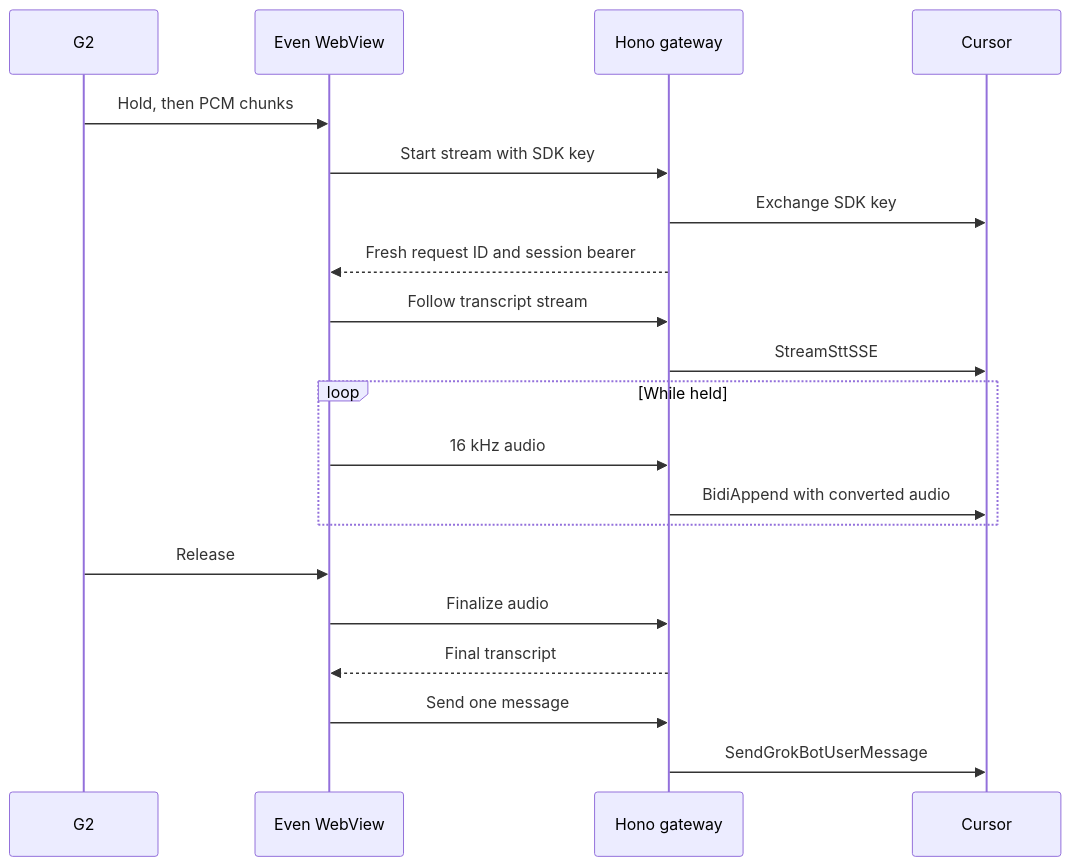
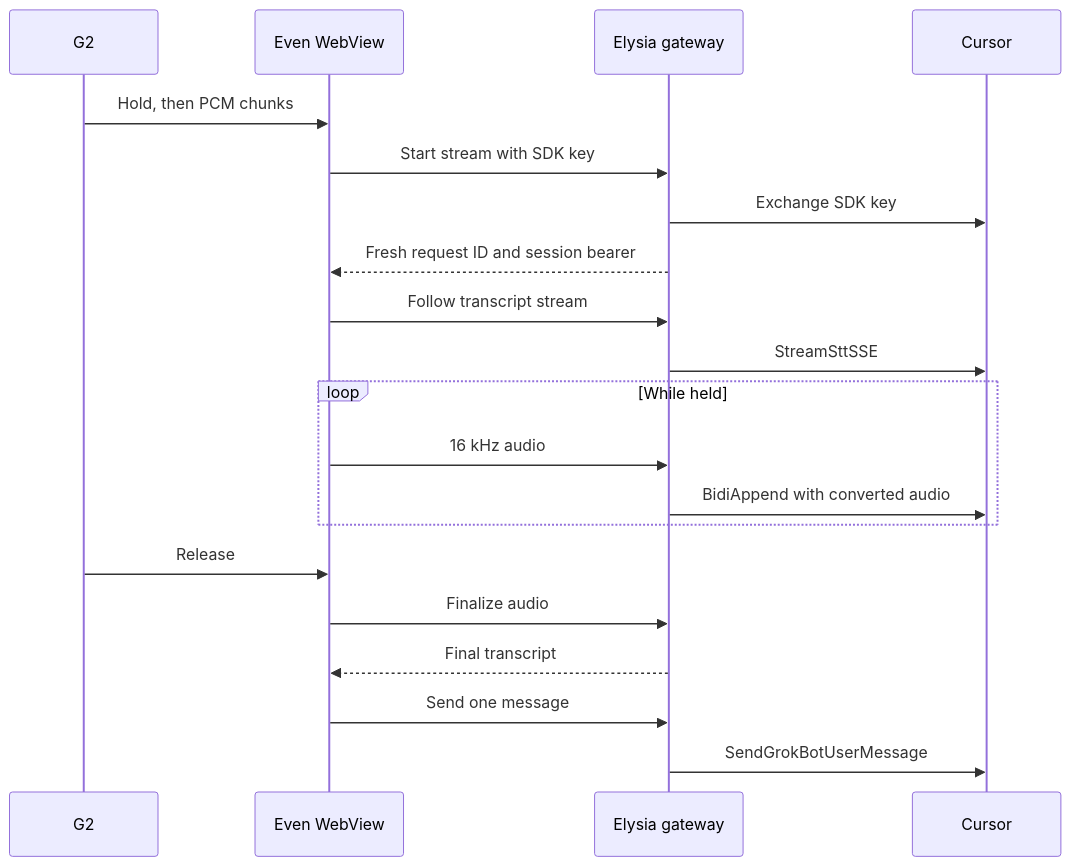
Before and after one commit to rayriffy/even-g2-grok: the diagram in docs/gateway-integration.md, drawn with Mermaid. The commit also changed other lines of this file and 61 other files, not shown here.

First line of the commit message:
refactor: split app and Elysia gateway workspaces

````diff
--- a/docs/gateway-integration.md
+++ b/docs/gateway-integration.md
@@ -99,22 +105,22 @@
 ```mermaid
 sequenceDiagram
     participant G2
     participant Phone as Even WebView
-    participant Gateway as Hono gateway
+    participant Gateway as Elysia gateway
     participant Cursor
     G2->>Phone: Hold, then PCM chunks
     Phone->>Gateway: Start stream with SDK key
     Gateway->>Cursor: Exchange SDK key
     Gateway-->>Phone: Fresh request ID and session bearer
     Phone->>Gateway: Follow transcript stream
     Gateway->>Cursor: StreamSttSSE
     loop While held
         Phone->>Gateway: 16 kHz audio
         Gateway->>Cursor: BidiAppend with converted audio
     end
     G2->>Phone: Release
     Phone->>Gateway: Finalize audio
     Gateway-->>Phone: Final transcript
     Phone->>Gateway: Send one message
     Gateway->>Cursor: SendGrokBotUserMessage
 ```
````
